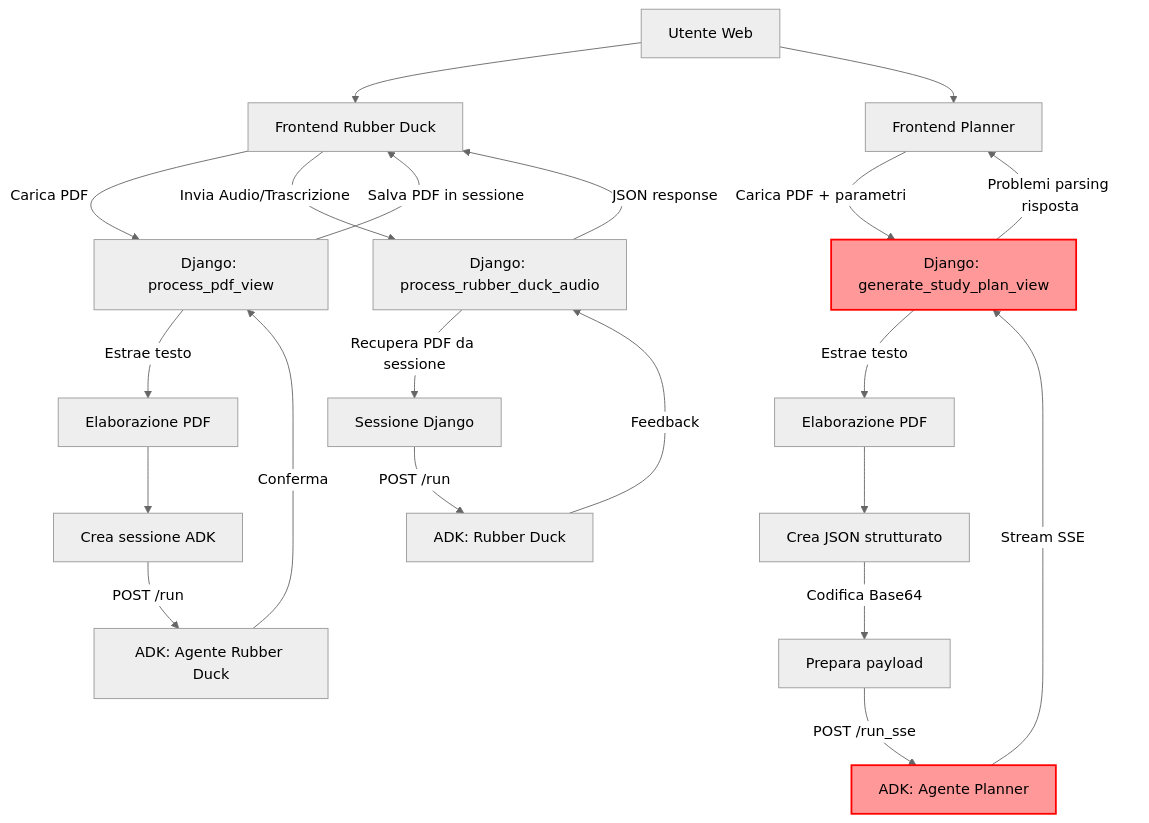
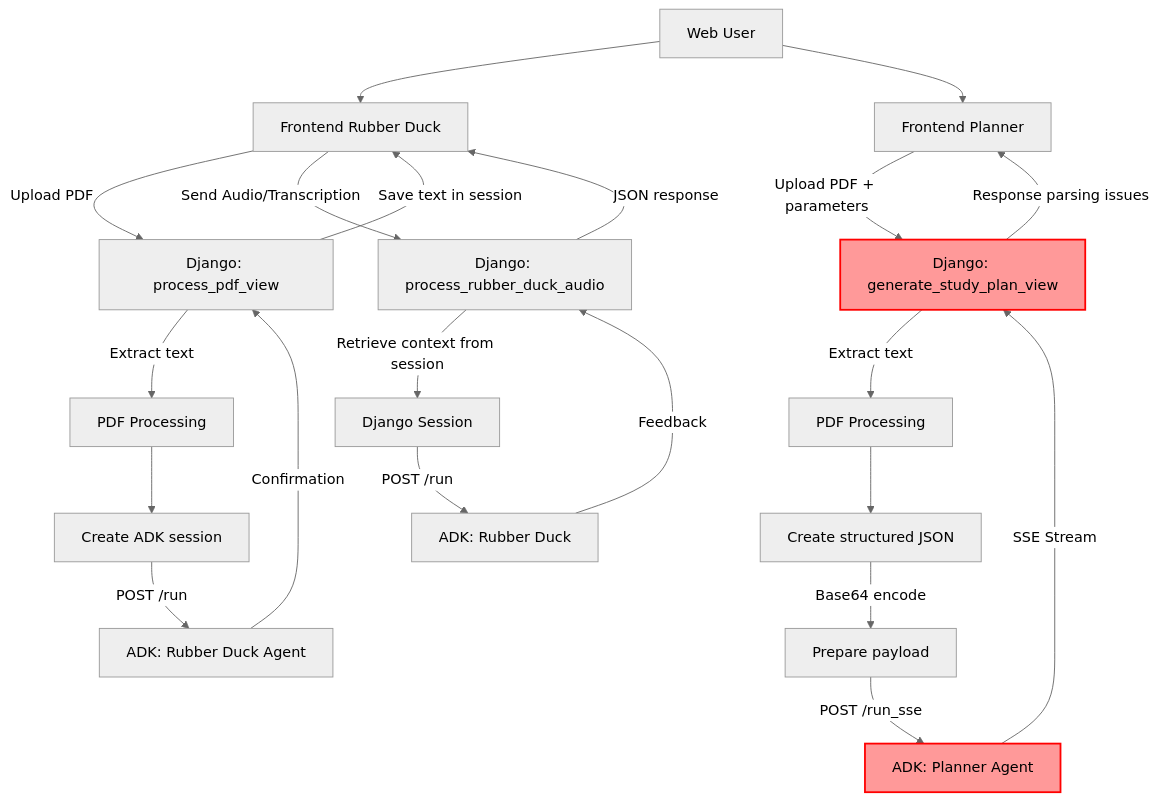
One commit to Manillin/BlueFox changed the diagram in project_rundown.md. Above: the diagram before and after it, drawn with Mermaid (neutral theme).

Commit message:
english graph

````diff
--- a/project_rundown.md
+++ b/project_rundown.md
@@ -78,29 +78,29 @@
 ```mermaid
 graph TD
-    User[Utente Web] --> FrontendRD[Frontend Rubber Duck]
+    User[Web User] --> FrontendRD[Frontend Rubber Duck]
     User --> FrontendP[Frontend Planner]
     
-    FrontendRD -->|Carica PDF| Django1[Django: process_pdf_view]
-    Django1 -->|Estrae testo| PDF1[Elaborazione PDF]
-    PDF1 --> Session1[Crea sessione ADK]
-    Session1 -->|POST /run| ADK1[ADK: Agente Rubber Duck]
-    ADK1 -->|Conferma| Django1
-    Django1 -->|Salva PDF in sessione| FrontendRD
+    FrontendRD -->|Upload PDF| Django1[Django: process_pdf_view]
+    Django1 -->|Extract text| PDF1[PDF Processing]
+    PDF1 --> Session1[Create ADK session]
+    Session1 -->|POST /run| ADK1[ADK: Rubber Duck Agent]
+    ADK1 -->|Confirmation| Django1
+    Django1 -->|Save text in session| FrontendRD
     
-    FrontendRD -->|Invia Audio/Trascrizione| Django2[Django: process_rubber_duck_audio]
-    Django2 -->|Recupera PDF da sessione| Session2[Sessione Django]
+    FrontendRD -->|Send Audio/Transcription| Django2[Django: process_rubber_duck_audio]
+    Django2 -->|Retrieve context from session| Session2[Django Session]
     Session2 -->|POST /run| ADK2[ADK: Rubber Duck]
     ADK2 -->|Feedback| Django2
     Django2 -->|JSON response| FrontendRD
     
-    FrontendP -->|Carica PDF + parametri| Django3[Django: generate_study_plan_view]
-    Django3 -->|Estrae testo| PDF2[Elaborazione PDF]
-    PDF2 --> Structure[Crea JSON strutturato]
-    Structure -->|Codifica Base64| Payload[Prepara payload]
-    Payload -->|POST /run_sse| ADK3[ADK: Agente Planner]
-    ADK3 -->|Stream SSE| Django3
-    Django3 -->|Problemi parsing risposta| FrontendP
+    FrontendP -->|Upload PDF + parameters| Django3[Django: generate_study_plan_view]
+    Django3 -->|Extract text| PDF2[PDF Processing]
+    PDF2 --> Structure[Create structured JSON]
+    Structure -->|Base64 encode| Payload[Prepare payload]
+    Payload -->|POST /run_sse| ADK3[ADK: Planner Agent]
+    ADK3 -->|SSE Stream| Django3
+    Django3 -->|Response parsing issues| FrontendP
     
     classDef error fill:#f99,stroke:#f00,stroke-width:2px
     class Django3,ADK3 error
 ```
````
